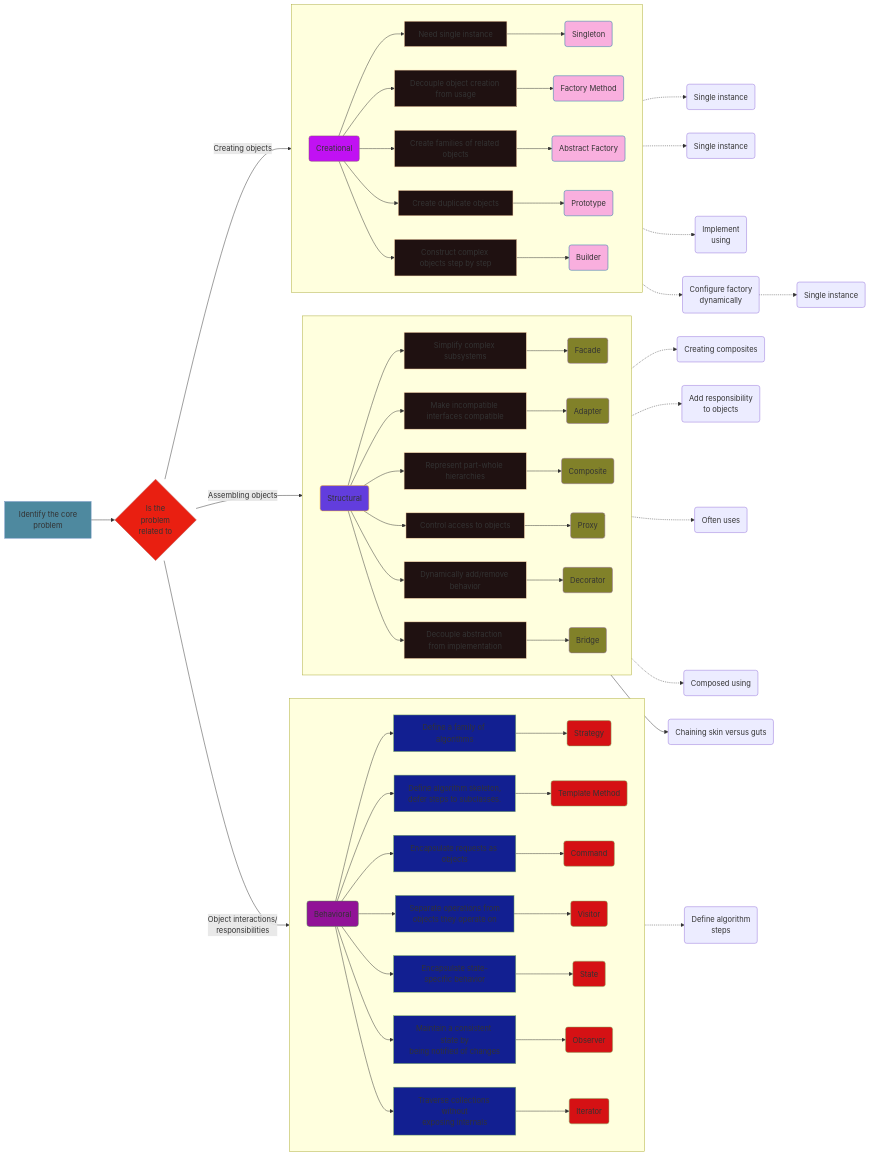
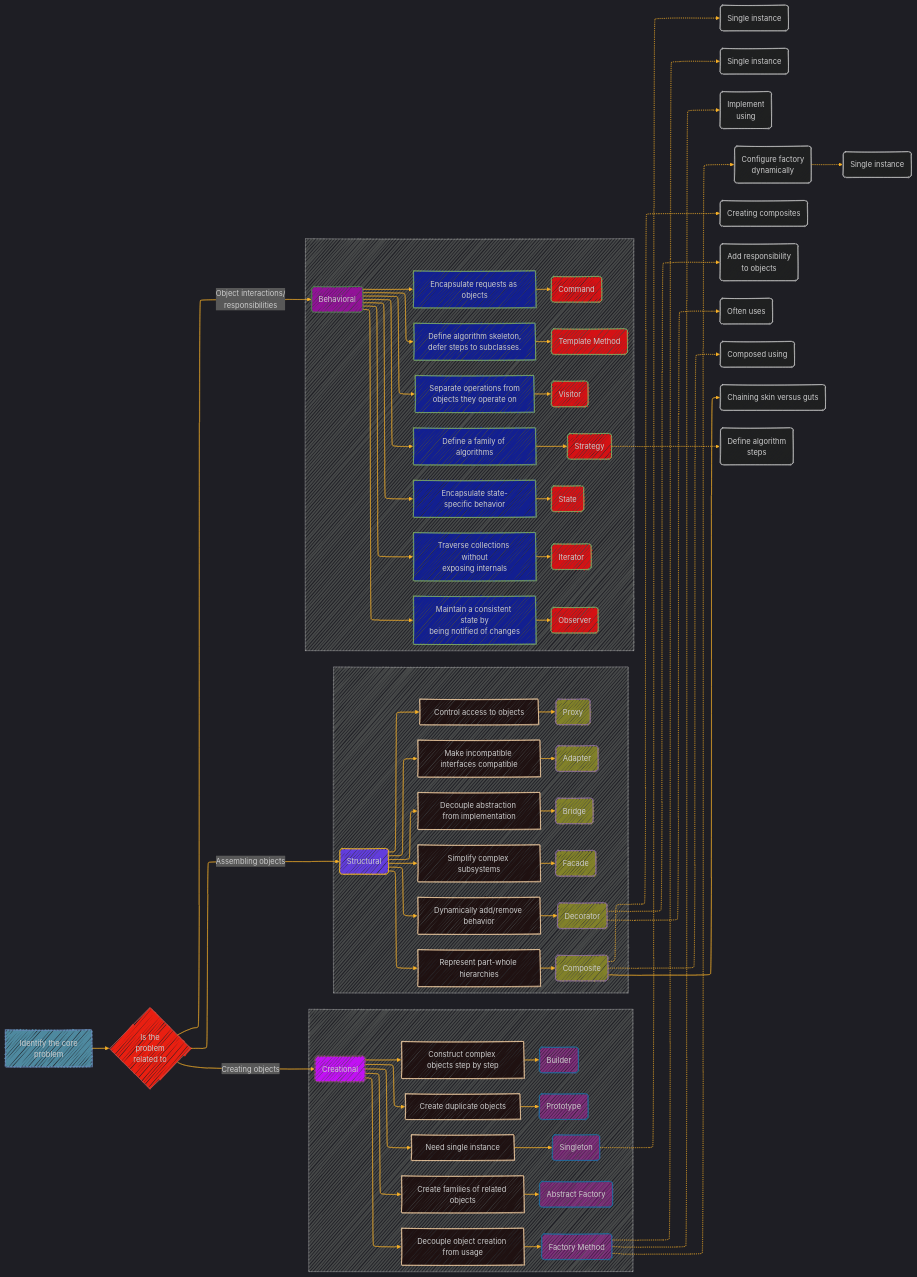
One commit to CongLeSolutionX/iOS-development-vault changed the diagram in README.md. Above: the diagram before and after it, drawn with Mermaid.

Commit message:
update notes

````diff
--- a/README.md
+++ b/README.md
@@ -16,4 +16,23 @@
 ```mermaid
+---
+config:
+  layout: elk
+  look: handDrawn
+  theme: dark
+---
+%%{
+  init: {
+    'fontFamily': 'verdana',
+    'themeVariables': {
+      'primaryColor': '#BB2528',
+      'primaryTextColor': '#f529',
+      'primaryBorderColor': '#7C0000',
+      'lineColor': '#F8B229',
+      'secondaryColor': '#006100',
+      'tertiaryColor': '#fff'
+    }
+  }
+}%%
 graph LR
     A[Identify the core<br>problem] --> B{Is the<br>problem<br>related to};
     B -- Creating objects --> C(Creational);
````
